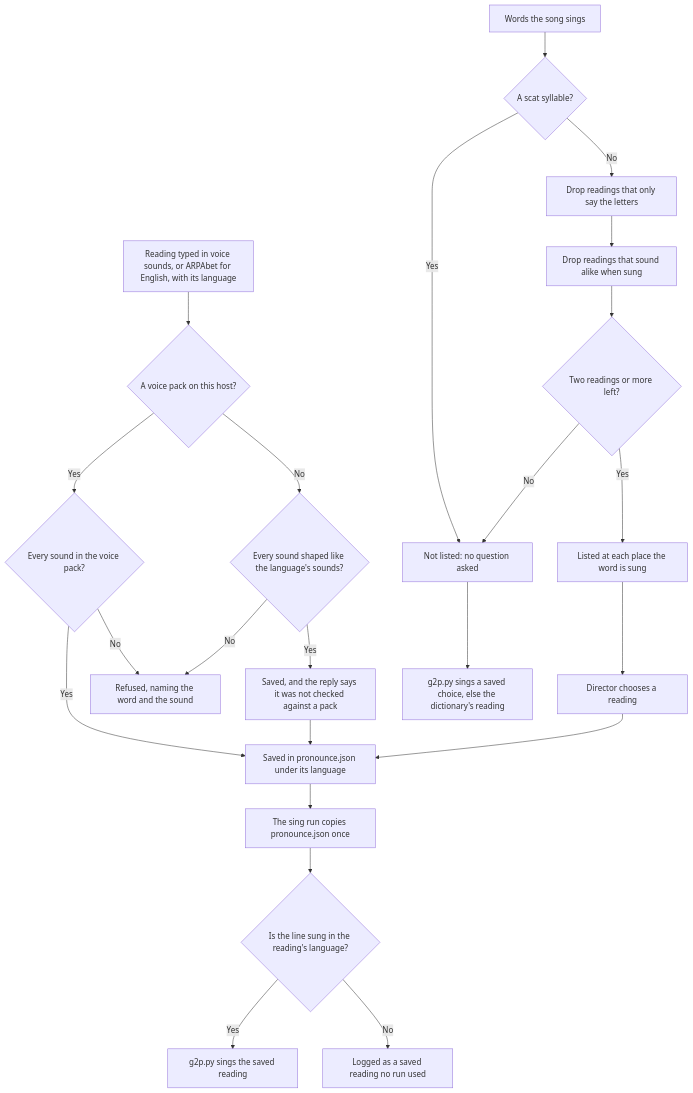
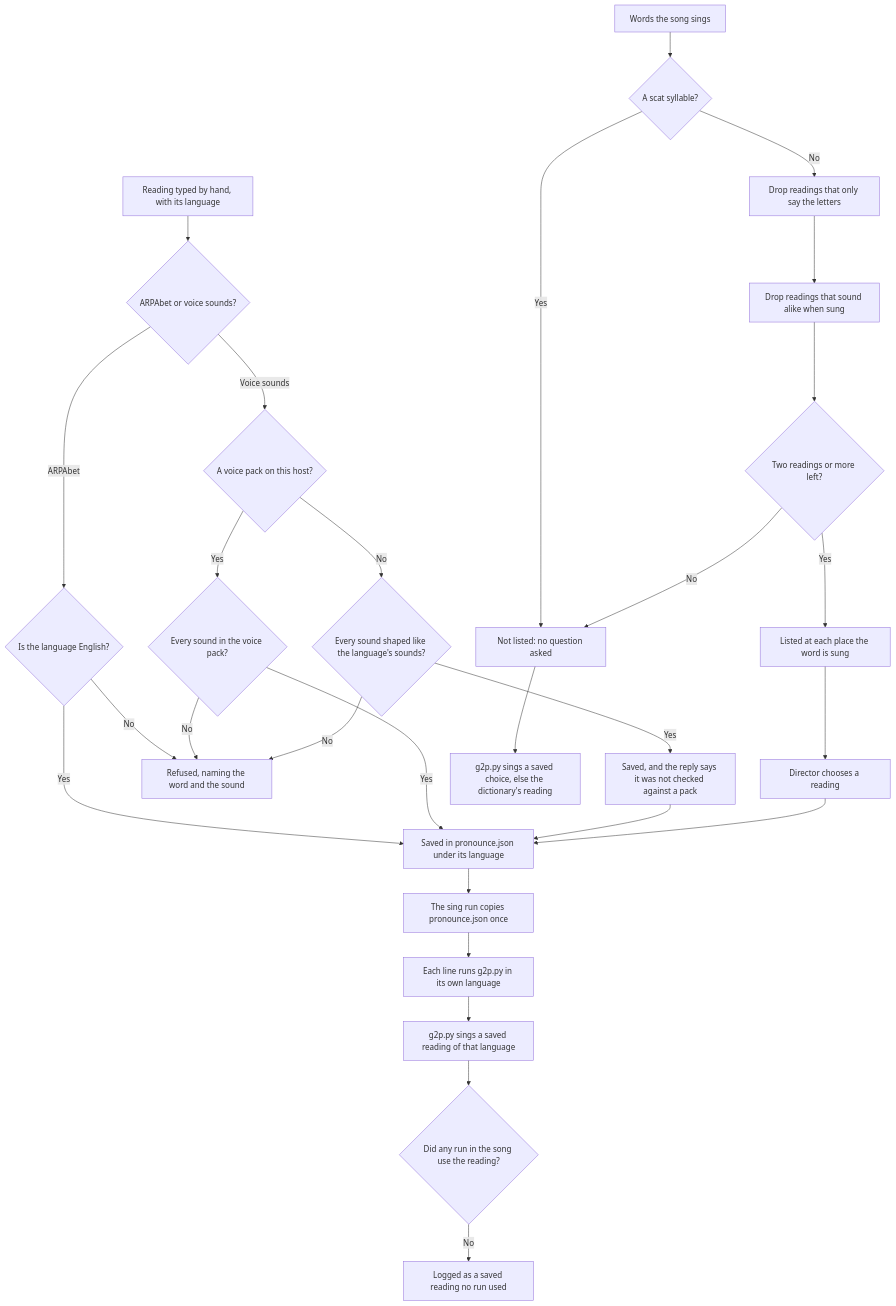
The diagram in docs/diagrams/pronunciation-list.md (eerovil/musescore-choir-plugins), drawn with Mermaid before and after one commit. The commit also changed other lines of this file, not shown here.

Commit message:
Diagram: ARPAbet branches first, unused means no run in the song used it (#484)

````diff
--- a/docs/diagrams/pronunciation-list.md
+++ b/docs/diagrams/pronunciation-list.md
@@ -9,30 +9,35 @@
 ```mermaid
 flowchart TD
     words[Words the song sings] --> scat{A scat syllable?}
     scat -- Yes --> quiet[Not listed: no question asked]
     scat -- No --> letters[Drop readings that only say the letters]
     letters --> alike[Drop readings that sound alike when sung]
     alike --> two{Two readings or more left?}
     two -- No --> quiet
     two -- Yes --> listed[Listed at each place the word is sung]
     listed --> choice[Director chooses a reading]
-    typed[Reading typed in voice sounds, or ARPAbet for English, with its language] --> haspack{A voice pack on this host?}
+    typed[Reading typed by hand, with its language] --> kind{ARPAbet or voice sounds?}
+    kind -- ARPAbet --> english{Is the language English?}
+    english -- No --> refused[Refused, naming the word and the sound]
+    english -- Yes --> saved[Saved in pronounce.json under its language]
+    kind -- Voice sounds --> haspack{A voice pack on this host?}
     haspack -- Yes --> check{Every sound in the voice pack?}
     haspack -- No --> shape{Every sound shaped like the language's sounds?}
-    check -- No --> refused[Refused, naming the word and the sound]
+    check -- No --> refused
     shape -- No --> refused
-    check -- Yes --> saved[Saved in pronounce.json under its language]
+    check -- Yes --> saved
     shape -- Yes --> unchecked[Saved, and the reply says it was not checked against a pack]
     unchecked --> saved
     choice --> saved
     saved --> copy[The sing run copies pronounce.json once]
-    copy --> run{Is the line sung in the reading's language?}
-    run -- Yes --> sung[g2p.py sings the saved reading]
-    run -- No --> unused[Logged as a saved reading no run used]
+    copy --> run[Each line runs g2p.py in its own language]
+    run --> sung[g2p.py sings a saved reading of that language]
+    sung --> anyused{Did any run in the song use the reading?}
+    anyused -- No --> unused[Logged as a saved reading no run used]
     quiet --> default[g2p.py sings a saved choice, else the dictionary's reading]
     class words,letters,alike blue
-    class scat,two,check,haspack,shape,run amber
+    class scat,two,kind,english,check,haspack,shape,anyused amber
     class listed,choice,typed,refused,unchecked green
-    class saved,copy violet
+    class saved,copy,run violet
     class quiet,sung,default,unused teal
 ```
````
